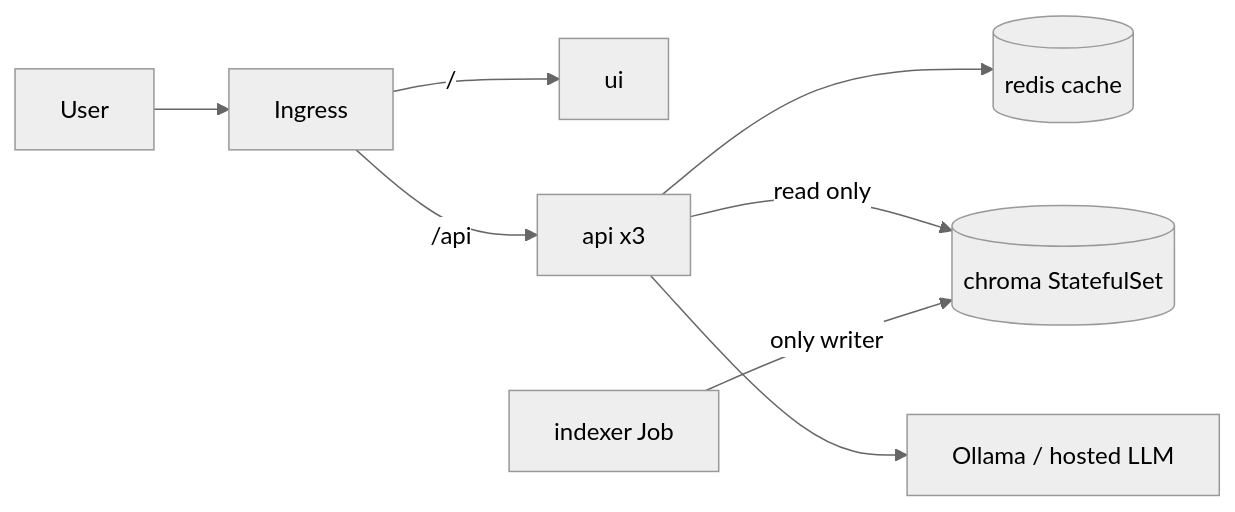
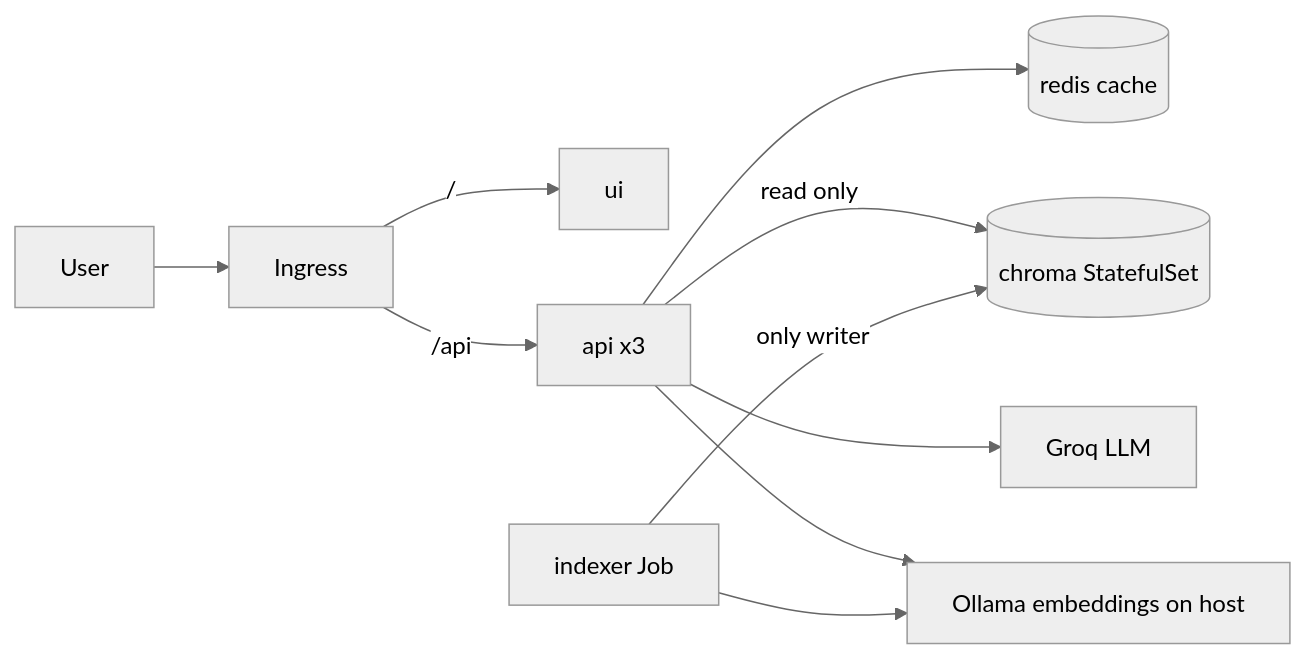
Before and after one commit to CapsuleFlyer/rahbar: the diagram in README.md, drawn with Mermaid (neutral theme). The commit also changed other lines of this file and 7 other files, not shown here.

````diff
--- a/README.md
+++ b/README.md
@@ -20,10 +20,12 @@
 ```mermaid
 flowchart LR
   U[User] --> I[Ingress]
   I -->|/| UI[ui]
   I -->|/api| API[api x3]
   API --> R[(redis cache)]
   API -->|read only| C[(chroma StatefulSet)]
   J[indexer Job] -->|only writer| C
-  API --> L[Ollama / hosted LLM]
+  API --> L[Groq LLM]
+  API --> E[Ollama embeddings on host]
+  J --> E
 ```
````
